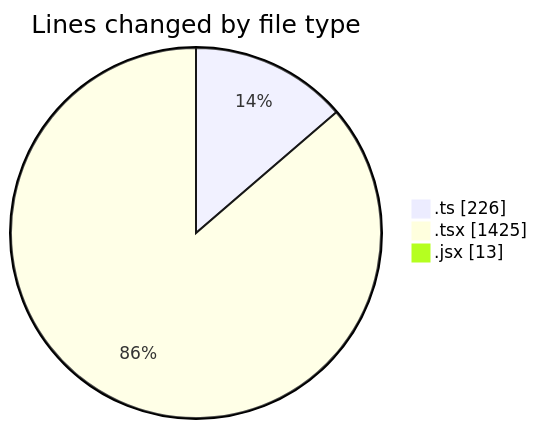
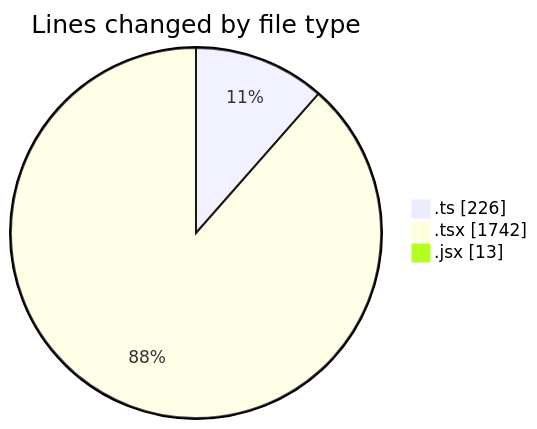
Before and after one commit to momahboobian/code-tracking: the first of 2 diagrams in 2025-12-02/cda/README.md, drawn with Mermaid. The commit also changed other lines of this file and 1 other file, not shown here.

````diff
--- a/2025-12-02/cda/README.md
+++ b/2025-12-02/cda/README.md
@@ -26,7 +27,7 @@
 ```mermaid
 pie showData
 title Lines changed by file type
 ".ts" : 226
-".tsx" : 1425
+".tsx" : 1742
 ".jsx" : 13
 ```
````
